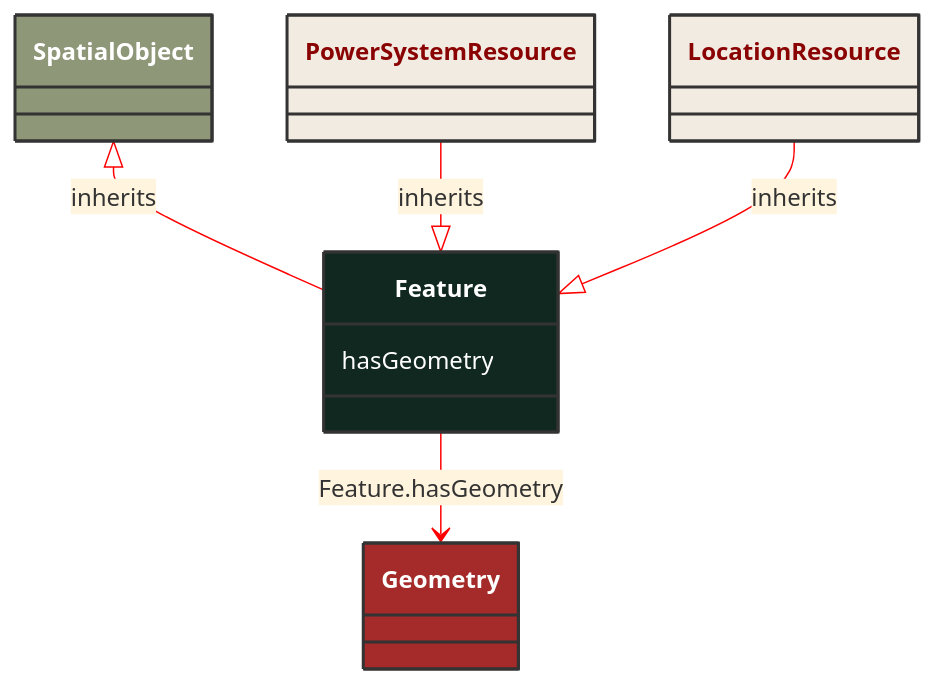
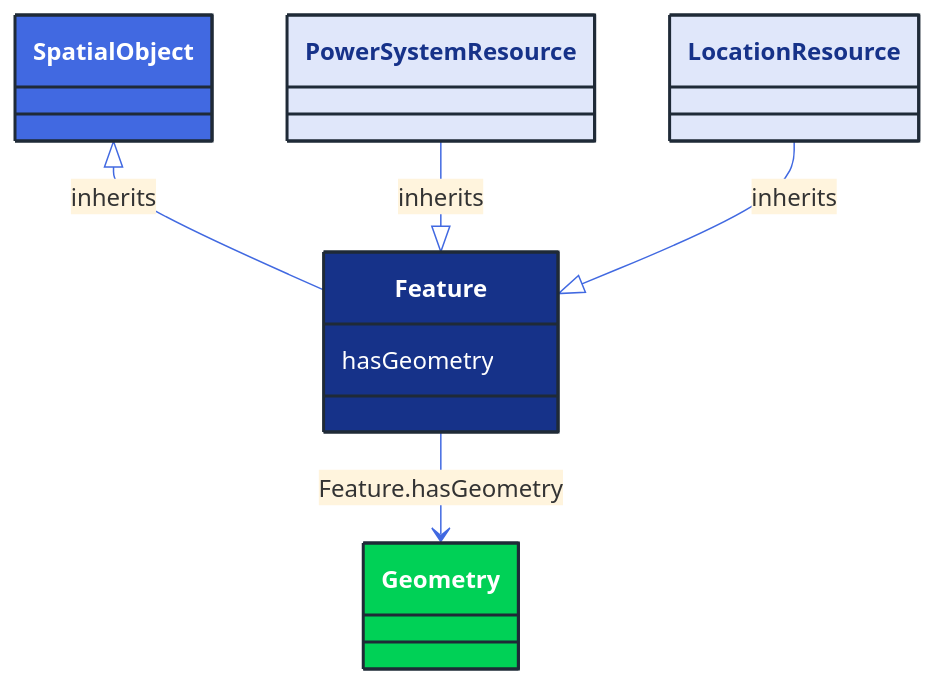
The diagram in docs/Models/Profiles/AviationObstacle/AbstractClasses/Feature.md (3lbits/NoCIMExtensions), drawn with Mermaid before and after one commit. The commit also changed 362 other files, not shown here.

First line of the commit message:
Update diagrams and styles for improved visual consistency

````diff
--- a/docs/Models/Profiles/AviationObstacle/AbstractClasses/Feature.md
+++ b/docs/Models/Profiles/AviationObstacle/AbstractClasses/Feature.md
@@ -10,28 +10,28 @@
 ```mermaid
-%%{init: {'theme':'base','themeVariables': {'lineColor': '#FF0000'}}}%%
+%%{init: {'theme':'base','themeVariables': {'lineColor': '#4169E1'}}}%%
 classDiagram
     class Feature
     click Feature href "/Models/Profiles/AviationObstacle/AbstractClasses/Feature/"
-    style Feature fill:#102820,stroke:#333,stroke-width:2px,rx:10,ry:10,color:white
+    style Feature fill:#163289,stroke:#1F2A37,stroke-width:2px,rx:10,ry:10,color:white
      
         SpatialObject <|-- Feature : inherits
             click SpatialObject href "/Models/Profiles/AviationObstacle/AbstractClasses/SpatialObject/"
-            style SpatialObject fill:#8F9779,stroke:#333,stroke-width:2px,rx:10,ry:10,color:white
+            style SpatialObject fill:#4169E1,stroke:#1F2A37,stroke-width:2px,rx:10,ry:10,color:white
 
         PowerSystemResource --|> Feature : inherits
             click PowerSystemResource href "/Models/Profiles/AviationObstacle/AbstractClasses/PowerSystemResource/"
-            style PowerSystemResource fill:#F2EBE2,stroke:#333,stroke-width:2px,rx:10,ry:10,color:#8A0303
+            style PowerSystemResource fill:#E0E7FA,stroke:#1F2A37,stroke-width:2px,rx:10,ry:10,color:#163289
 
         LocationResource --|> Feature : inherits
             click LocationResource href "/Models/Profiles/AviationObstacle/AbstractClasses/LocationResource/"
-            style LocationResource fill:#F2EBE2,stroke:#333,stroke-width:2px,rx:10,ry:10,color:#8A0303
+            style LocationResource fill:#E0E7FA,stroke:#1F2A37,stroke-width:2px,rx:10,ry:10,color:#163289
 
         Feature --> Geometry : Feature.hasGeometry
 
         Geometry
             click Geometry href "/Models/Profiles/AviationObstacle/AbstractClasses/Geometry/"
-            style Geometry fill:#A52A2A,stroke:#333,stroke-width:2px,rx:10,ry:10,color:white
+            style Geometry fill:#00D156,stroke:#1F2A37,stroke-width:2px,rx:10,ry:10,color:white
 
 
         Feature : hasGeometry
 ```
````
